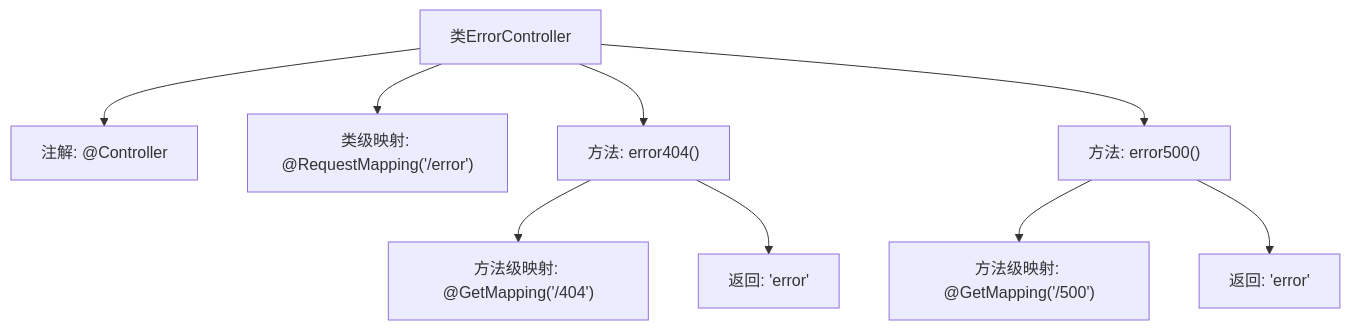
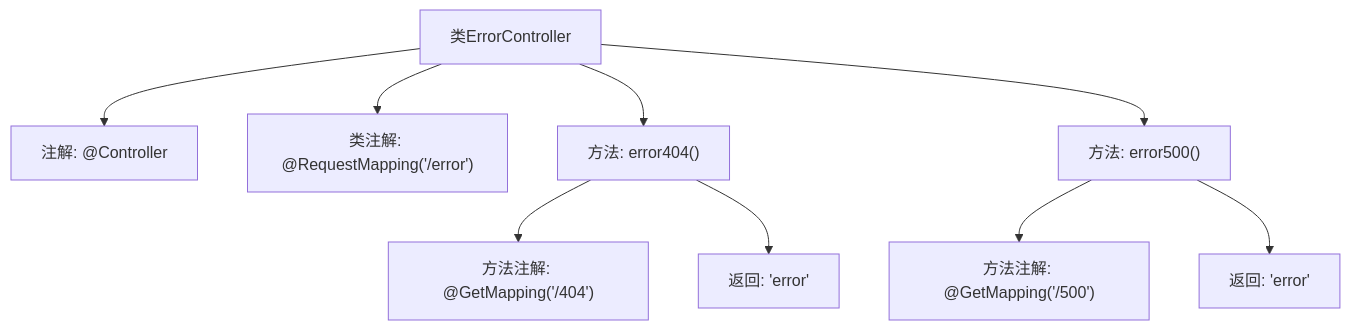
The second of 2 diagrams in docs/zh/docs/src/main/java/com/github/binarywang/demo/wx/miniapp/error/ErrorController.md (v-wjrong/rongwj666_weixin-java-miniapp-demo), drawn with Mermaid before and after one commit. The commit also changed other lines of this file and 46 other files, not shown here.

````diff
--- a/docs/zh/docs/src/main/java/com/github/binarywang/demo/wx/miniapp/error/ErrorController.md
+++ b/docs/zh/docs/src/main/java/com/github/binarywang/demo/wx/miniapp/error/ErrorController.md
@@ -56,21 +51,21 @@
 ```mermaid
 graph TD
     A["类ErrorController"]
     B["注解: @Controller"]
-    C["类级映射: @RequestMapping('/error')"]
+    C["类注解: @RequestMapping('/error')"]
     D["方法: error404()"]
-    E["方法级映射: @GetMapping('/404')"]
+    E["方法注解: @GetMapping('/404')"]
     F["返回: 'error'"]
     G["方法: error500()"]
-    H["方法级映射: @GetMapping('/500')"]
+    H["方法注解: @GetMapping('/500')"]
     I["返回: 'error'"]
 
     A --> B
     A --> C
     A --> D
     D --> E
     D --> F
     A --> G
     G --> H
     G --> I
 ```
````
